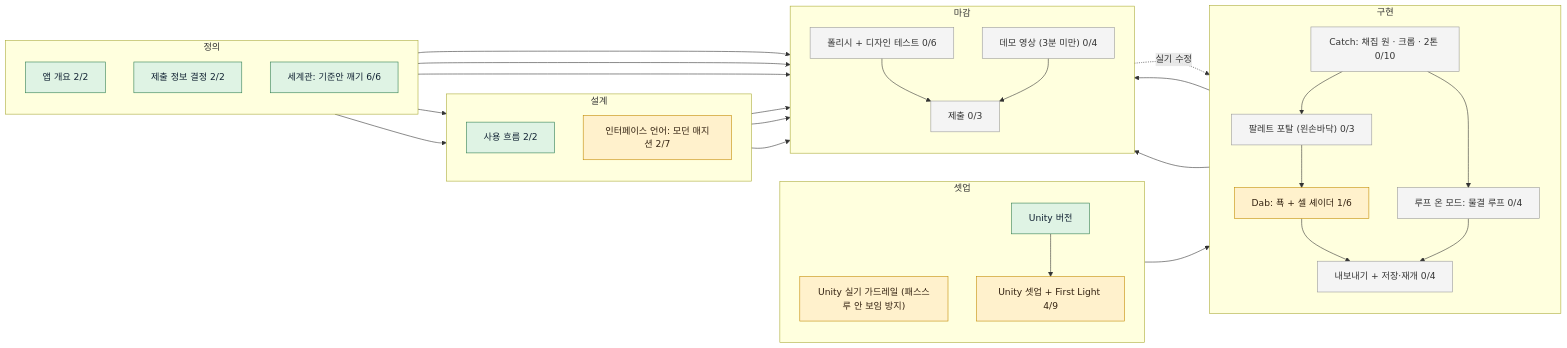
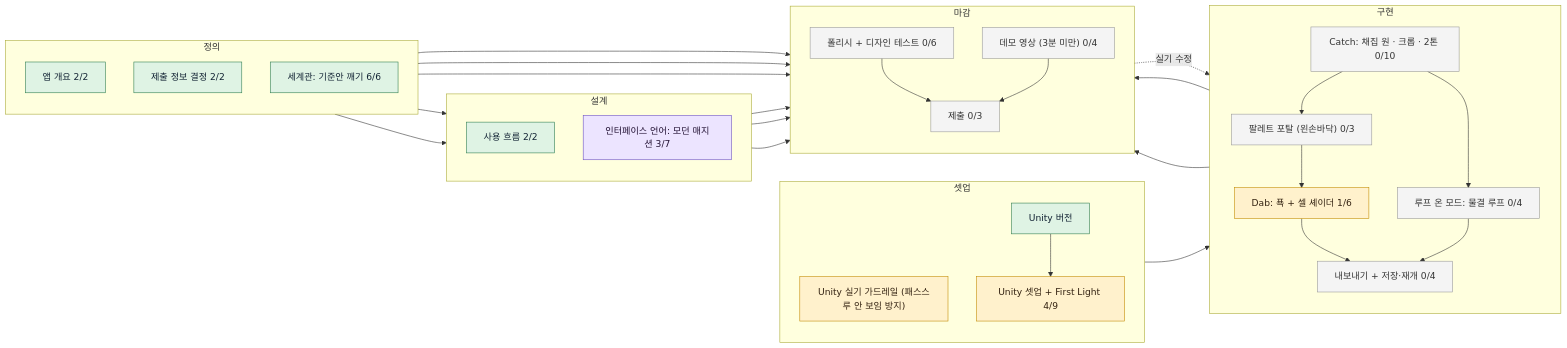
Before and after one commit to reality404studio/meta-mr-picker: the diagram in board/BOARD.md, drawn with Mermaid. The commit also changed other lines of this file and 1 other file, not shown here.

Commit message:
보드 동기화: 인터페이스 언어 확정용 시트 IL-00 v0 (폰트 분석 완료, HUD·타일·소리 초안 검토 대기)

````diff
--- a/board/BOARD.md
+++ b/board/BOARD.md
@@ -19,59 +19,59 @@
 ```mermaid
 flowchart LR
   subgraph s_define["정의"]
     direction TB
     brief["앱 개요 2/2"]:::done
     submit_meta["제출 정보 결정 2/2"]:::done
     world["세계관: 기준안 깨기 6/6"]:::done
   end
   subgraph s_design["설계"]
     direction TB
     usage_flow["사용 흐름 2/2"]:::done
-    interface["인터페이스 언어: 모던 매지션 2/7"]:::doing
+    interface["인터페이스 언어: 모던 매지션 3/7"]:::review
   end
   subgraph s_prototype["셋업"]
     direction TB
     use_unity_guardrails["Unity 실기 가드레일 (패스스루 안 보임 방지)"]:::doing
     use_unity_version["Unity 버전"]:::done
     setup["Unity 셋업 + First Light 4/9"]:::doing
   end
   subgraph s_build["구현"]
     direction TB
     catch["Catch: 채집 원 · 크롭 · 2톤 0/10"]:::todo
     loop["루프 온 모드: 물결 루프 0/4"]:::todo
     portal["팔레트 포탈 (왼손바닥) 0/3"]:::todo
     dab["Dab: 푝 + 셀 셰이더 1/6"]:::doing
     export["내보내기 + 저장·재개 0/4"]:::todo
   end
   subgraph s_review["마감"]
     direction TB
     polish["폴리시 + 디자인 테스트 0/6"]:::todo
     demo_video["데모 영상 (3분 미만) 0/4"]:::todo
     submit["제출 0/3"]:::todo
   end
   brief --> usage_flow
   use_unity_version --> setup
   setup --> catch
   catch --> loop
   catch --> portal
   portal --> dab
   dab --> export
   loop --> export
   export --> polish
   usage_flow --> polish
   catch --> demo_video
   polish --> submit
   demo_video --> submit
   submit_meta --> submit
   polish -.->|실기 수정| dab
   world --> demo_video
   world --> polish
   world --> interface
   interface --> polish
   interface --> demo_video
   classDef done fill:#dff3e4,stroke:#2e7d4f,color:#123
   classDef doing fill:#fff1cc,stroke:#c28a00,color:#321
   classDef review fill:#ece4ff,stroke:#6a4fc2,color:#213
   classDef todo fill:#f4f4f4,stroke:#999,color:#333
   classDef blocked fill:#ffdede,stroke:#c22,color:#311
 ```
````
